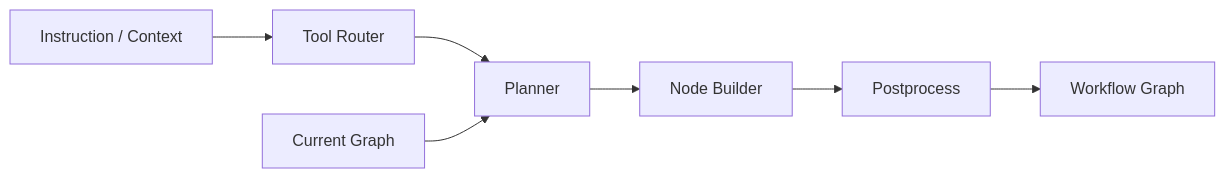
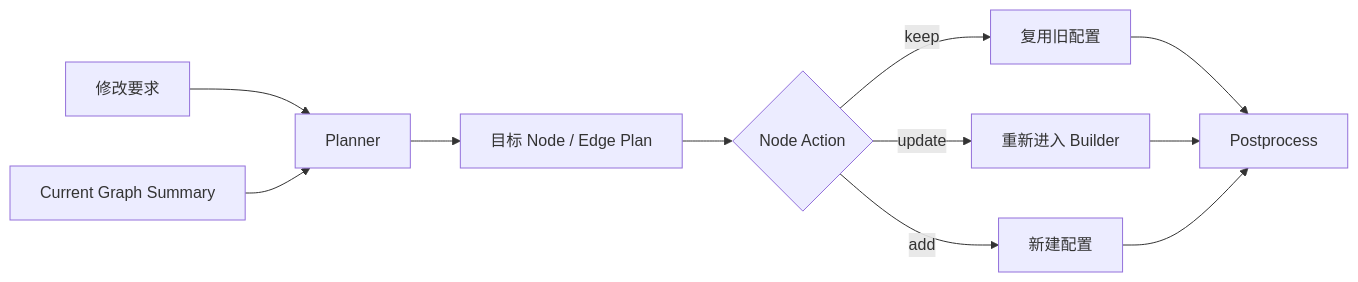
The tenth of 12 diagrams in weekly-report/dify-1.17-core-capabilities-research.md (sgfd-ui/internship), drawn with Mermaid before and after one commit. The commit also changed other lines of this file, not shown here.

Commit message:
docs: simplify AI Workflow research architecture

````diff
--- a/weekly-report/dify-1.17-core-capabilities-research.md
+++ b/weekly-report/dify-1.17-core-capabilities-research.md
@@ -390,9 +294,13 @@
 ```mermaid
 flowchart LR
-    A[Instruction / Context] --> B[Tool Router]
-    B --> C[Planner]
-    C --> D[Node Builder]
-    D --> E[Postprocess]
-    E --> F[Workflow Graph]
-    G[Current Graph] --> C
+    A[修改要求] --> C[Planner]
+    B[Current Graph Summary] --> C
+    C --> D[目标 Node / Edge Plan]
+    D --> E{Node Action}
+    E -->|keep| F[复用旧配置]
+    E -->|update| G[重新进入 Builder]
+    E -->|add| H[新建配置]
+    F --> I[Postprocess]
+    G --> I
+    H --> I
 ```
````
